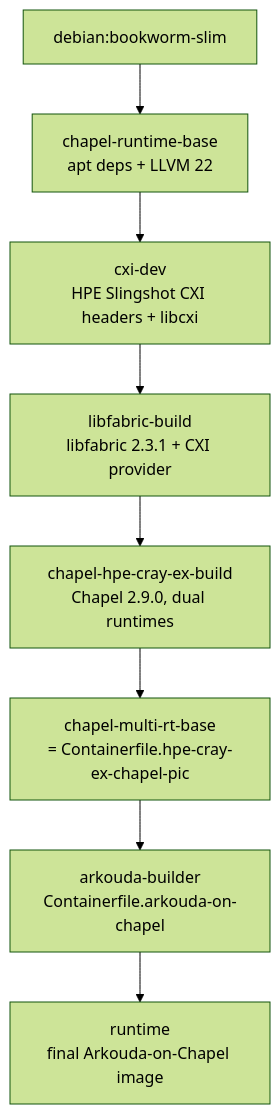
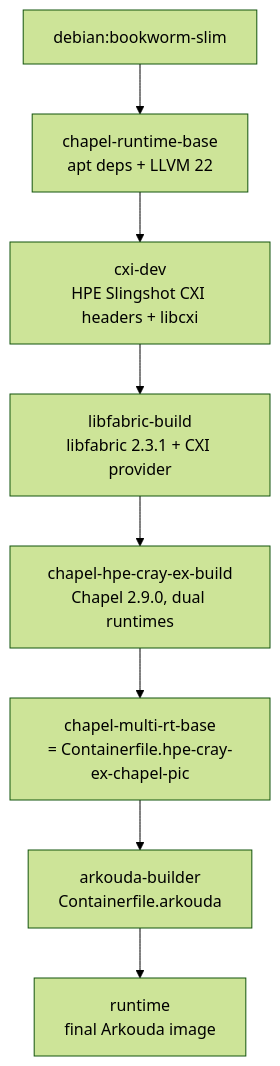
One commit to arezaii/arkouda-containers changed the diagram in docs/README.md. Above: the diagram before and after it, drawn with Mermaid (forest theme). The commit also changed other lines of this file and 2 other files, not shown here.

````diff
--- a/docs/README.md
+++ b/docs/README.md
@@ -23,10 +23,10 @@
 ```mermaid
 flowchart TD
     A[debian:bookworm-slim] --> B[chapel-runtime-base<br/>apt deps + LLVM 22]
     B --> C[cxi-dev<br/>HPE Slingshot CXI headers + libcxi]
     C --> D[libfabric-build<br/>libfabric 2.3.1 + CXI provider]
     D --> E[chapel-hpe-cray-ex-build<br/>Chapel 2.9.0, dual runtimes]
     E --> F[chapel-multi-rt-base<br/>= Containerfile.hpe-cray-ex-chapel-pic]
-    F --> G[arkouda-builder<br/>Containerfile.arkouda-on-chapel]
-    G --> H[runtime<br/>final Arkouda-on-Chapel image]
+    F --> G[arkouda-builder<br/>Containerfile.arkouda]
+    G --> H[runtime<br/>final Arkouda image]
 ```
````
